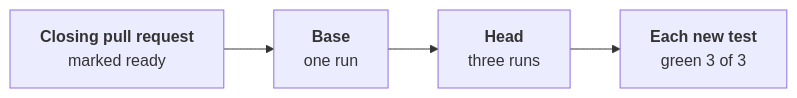
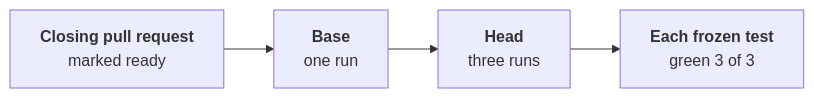
Before and after one commit to JN0V/workline: the diagram in roles/tester/docs/green-proof.md, drawn with Mermaid. The commit also changed other lines of this file and 4 other files, not shown here.

First line of the commit message:
docs(tester): the green proof's frozen ids

````diff
--- a/roles/tester/docs/green-proof.md
+++ b/roles/tester/docs/green-proof.md
@@ -12,8 +12,8 @@
 ```mermaid
 flowchart LR
   pr["<b>Closing pull request</b><br/>marked ready"]
   base["<b>Base</b><br/>one run"]
   head["<b>Head</b><br/>three runs"]
-  out["<b>Each new test</b><br/>green 3 of 3"]
+  out["<b>Each frozen test</b><br/>green 3 of 3"]
   pr --> base --> head --> out
 ```
````
